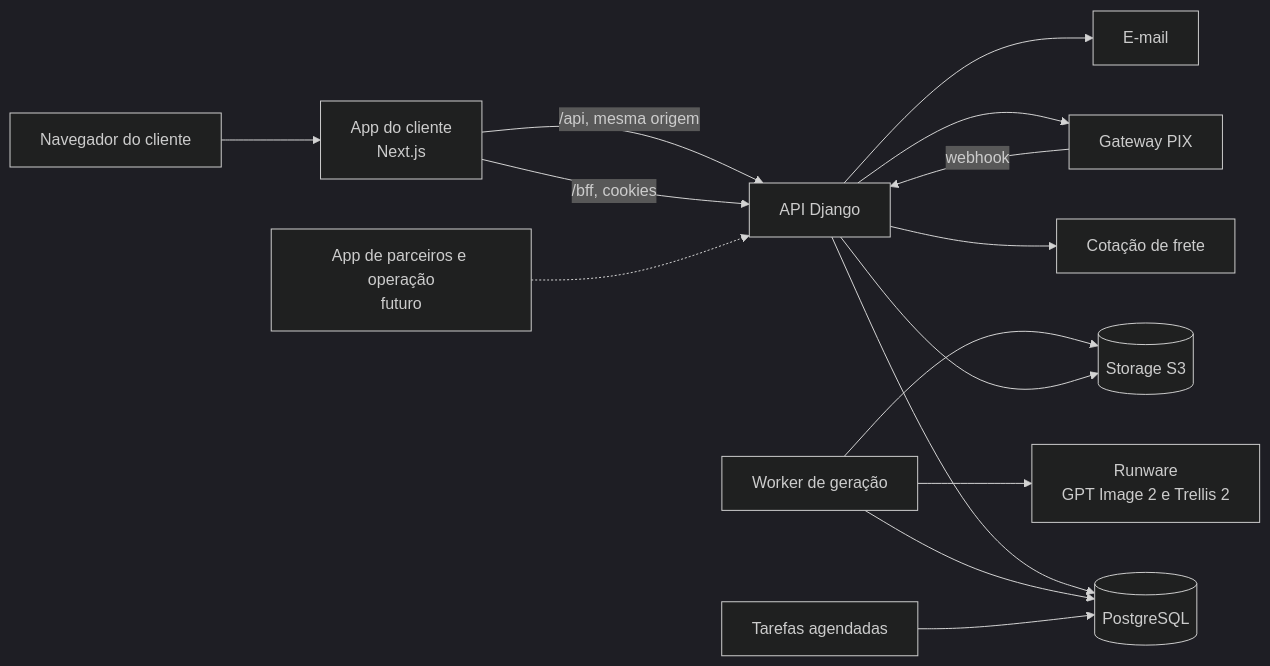
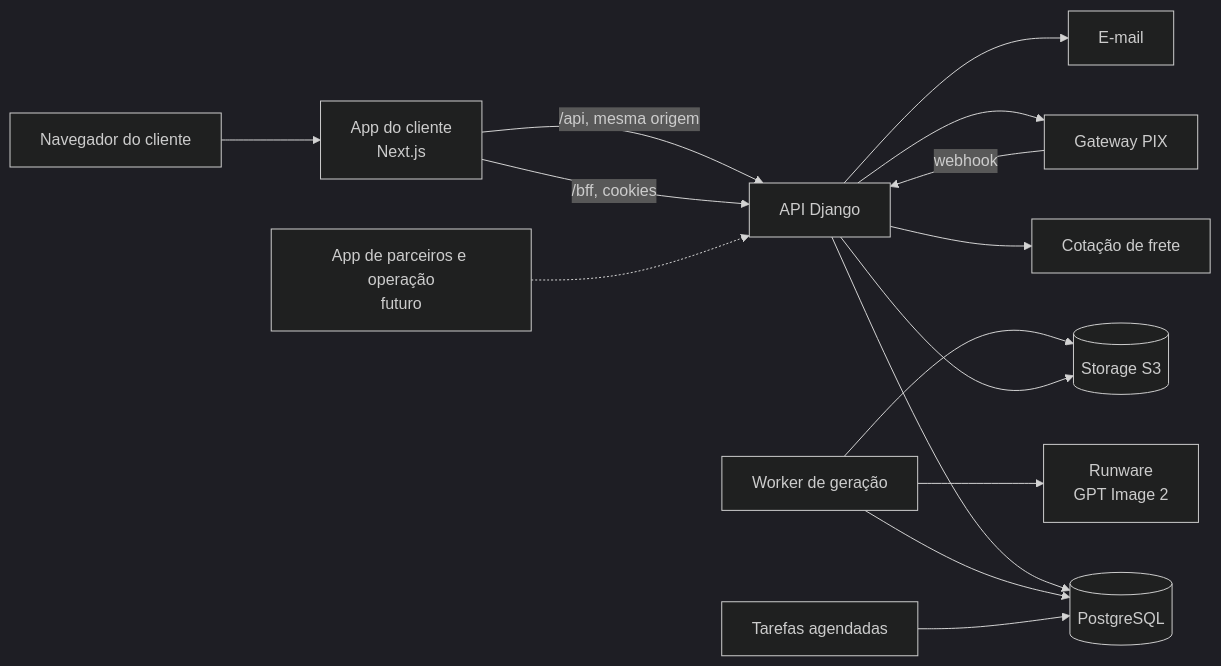
The first of 5 diagrams in docs/ARQUITETURA.md (jeference/kubo), drawn with Mermaid (dark theme) before and after one commit. The commit also changed other lines of this file and 57 other files, not shown here.

````diff
--- a/docs/ARQUITETURA.md
+++ b/docs/ARQUITETURA.md
@@ -17,17 +17,17 @@
 ```mermaid
 flowchart LR
     C[Navegador do cliente] --> W[App do cliente<br/>Next.js]
     W -->|/api, mesma origem| A[API Django]
     W -->|/bff, cookies| A
     A --> DB[(PostgreSQL)]
     K[Worker de geração] --> DB
     S[Tarefas agendadas] --> DB
-    K --> R[Runware<br/>GPT Image 2 e Trellis 2]
+    K --> R[Runware<br/>GPT Image 2]
     K --> ST[(Storage S3)]
     A --> ST
     A --> P[Gateway PIX]
     P -->|webhook| A
     A --> F[Cotação de frete]
     A --> E[E-mail]
     PA[App de parceiros e operação<br/>futuro] -.-> A
 ```
````
